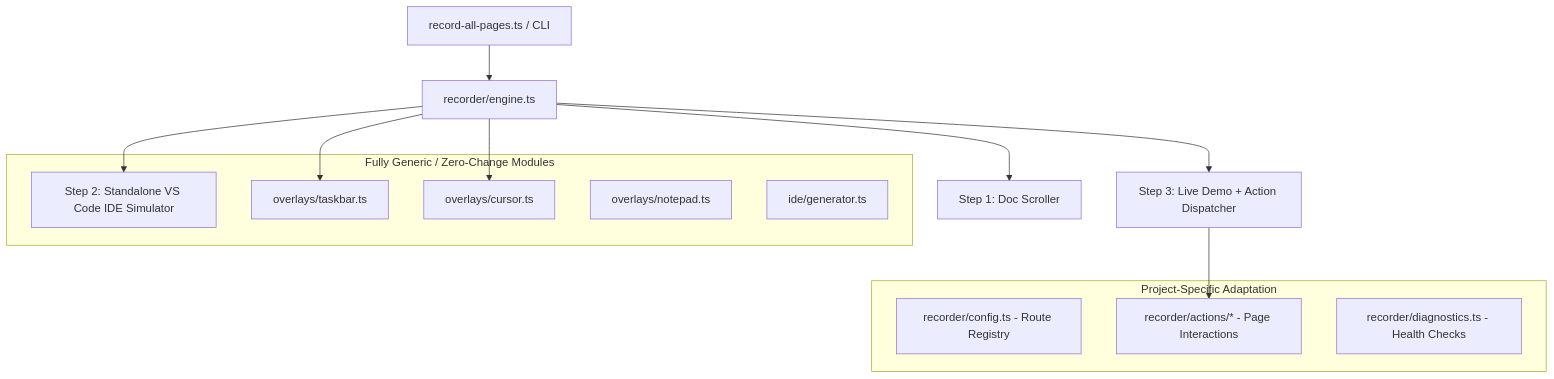
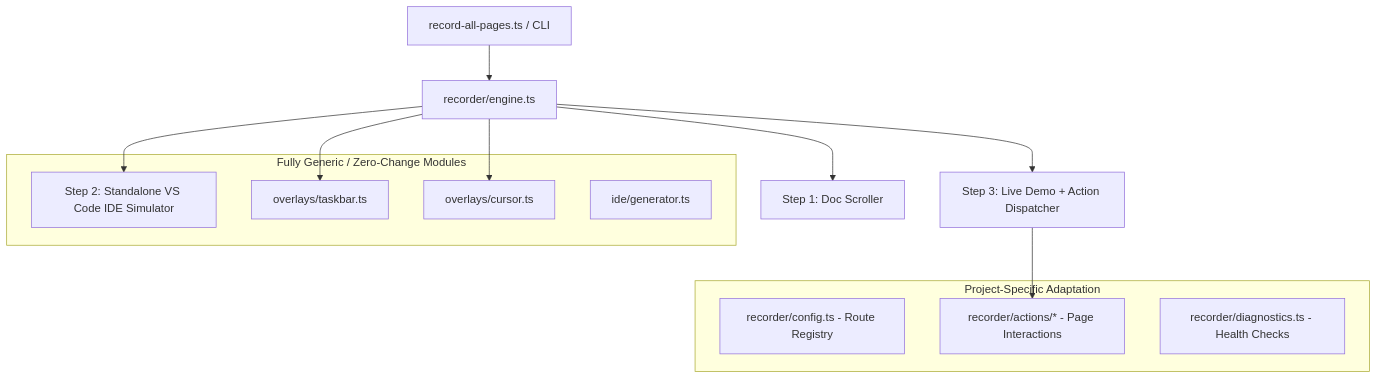
Before and after one commit to MMMustafakamran/CPK-MS-Agent-Python: the diagram in autorecord/PORTING_GUIDE.md, drawn with Mermaid. The commit also changed other lines of this file and 5 other files, not shown here.

````diff
--- a/autorecord/PORTING_GUIDE.md
+++ b/autorecord/PORTING_GUIDE.md
@@ -11,25 +11,24 @@
 ```mermaid
 graph TD
     A[record-all-pages.ts / CLI] --> B[recorder/engine.ts]
     B --> C[Step 1: Doc Scroller]
     B --> D[Step 2: Standalone VS Code IDE Simulator]
     B --> E[Step 3: Live Demo + Action Dispatcher]
 
     subgraph Fully Generic / Zero-Change Modules
         D
         F[overlays/taskbar.ts]
         G[overlays/cursor.ts]
-        I[overlays/notepad.ts]
         J[ide/generator.ts]
     end
 
     subgraph Project-Specific Adaptation
         K[recorder/config.ts - Route Registry]
         L[recorder/actions/* - Page Interactions]
         M[recorder/diagnostics.ts - Health Checks]
     end
 
     B --> F
     B --> G
     E --> L
 ```
````
